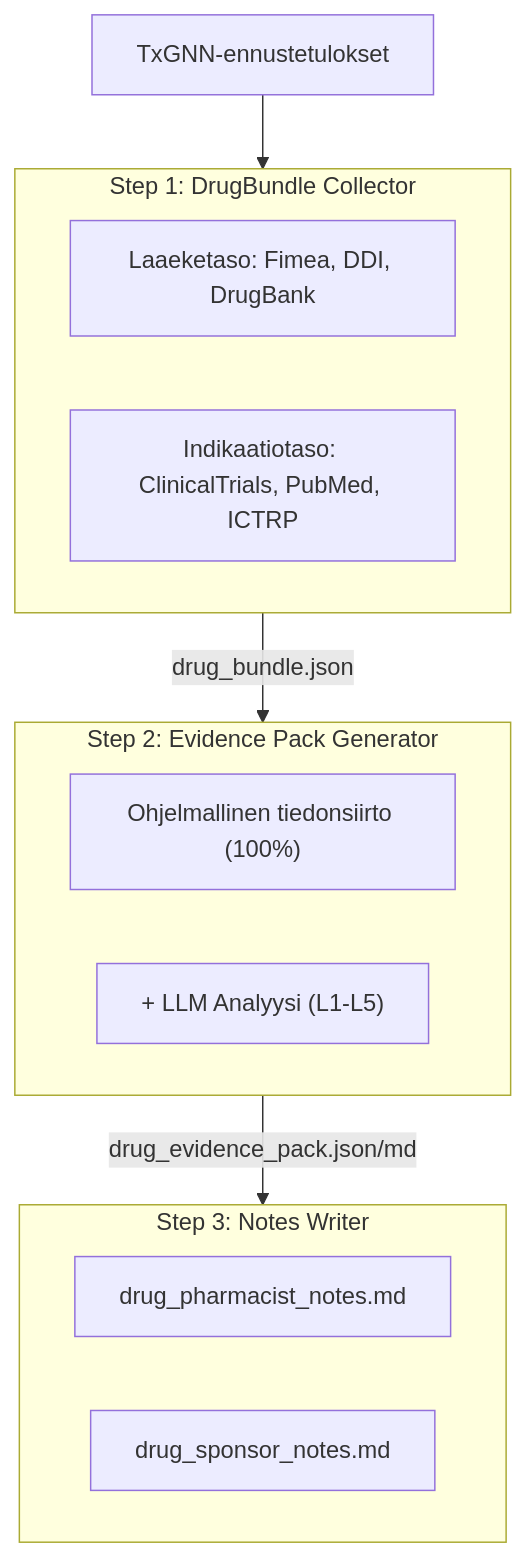
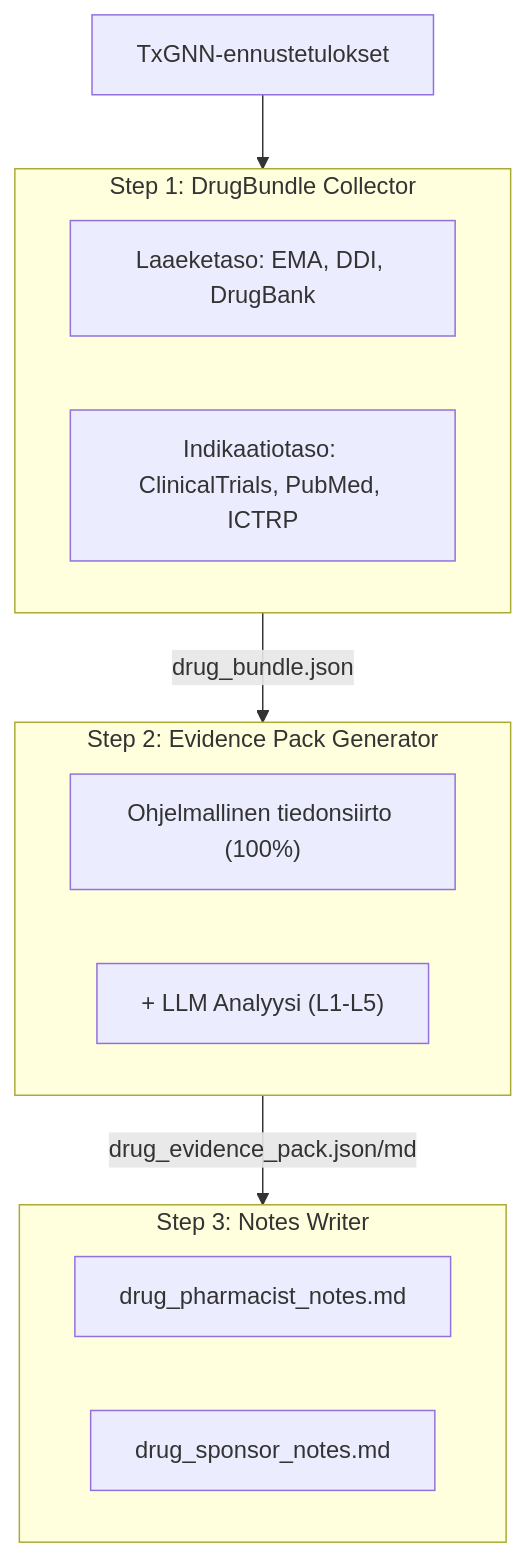
One commit to yao-care/FITxGNN changed the first of 2 diagrams in README.md. Above: the diagram before and after it, drawn with Mermaid. The commit also changed other lines of this file and 3 other files, not shown here.

First line of the commit message:
其餘資料來源描述改寫實際資料集：Fimea → EMA Medicines report

````diff
--- a/README.md
+++ b/README.md
@@ -130,18 +130,18 @@
 ```mermaid
 flowchart TD
     A["TxGNN-ennustetulokset"] --> B
     subgraph B["Step 1: DrugBundle Collector"]
-        B1["Laaeketaso: Fimea, DDI, DrugBank"]
+        B1["Laaeketaso: EMA, DDI, DrugBank"]
         B2["Indikaatiotaso: ClinicalTrials, PubMed, ICTRP"]
     end
     B --> |"drug_bundle.json"| C
     subgraph C["Step 2: Evidence Pack Generator"]
         C1["Ohjelmallinen tiedonsiirto (100%)"]
         C2["+ LLM Analyysi (L1-L5)"]
     end
     C --> |"drug_evidence_pack.json/md"| D
     subgraph D["Step 3: Notes Writer"]
         D1["drug_pharmacist_notes.md"]
         D2["drug_sponsor_notes.md"]
     end
 ```
````
